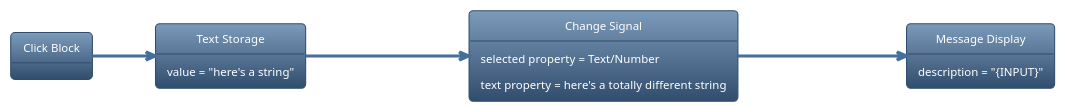
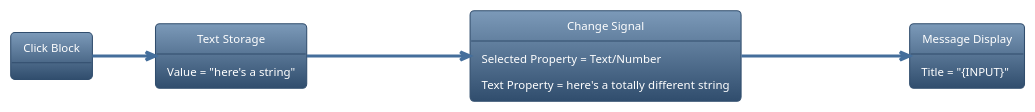
One commit to chokes-Web-Repositories/Wubby-WikiJS changed the seventh of 12 diagrams in Logic.md. Above: the diagram before and after it, drawn with PlantUML. The commit also changed other lines of this file, not shown here.

````diff
--- a/Logic.md
+++ b/Logic.md
@@ -293,22 +293,22 @@
 ```plantuml
 @startuml
 !theme spacelab
 left to right direction
 object "Click Block" as CB
 object "Text Storage" as TS {
-	value = "here's a string"
+	Value = "here's a string"
 }
 object "Change Signal" as CS {
-	selected property = Text/Number
-  text property = here's a totally different string
+	Selected Property = Text/Number
+  Text Property = here's a totally different string
 }
 object "Message Display" as MD {
-	description = "{INPUT}"
+	Title = "{INPUT}"
 }
 
 CB --> TS
 TS --> CS: 'here's a string'
 CS --> MD: 'here's a totally\n different string'
 
 @enduml
 ```
````
